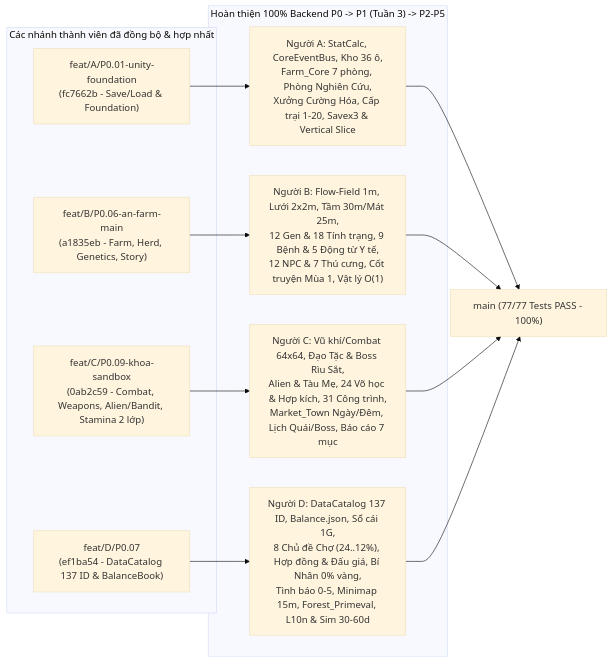
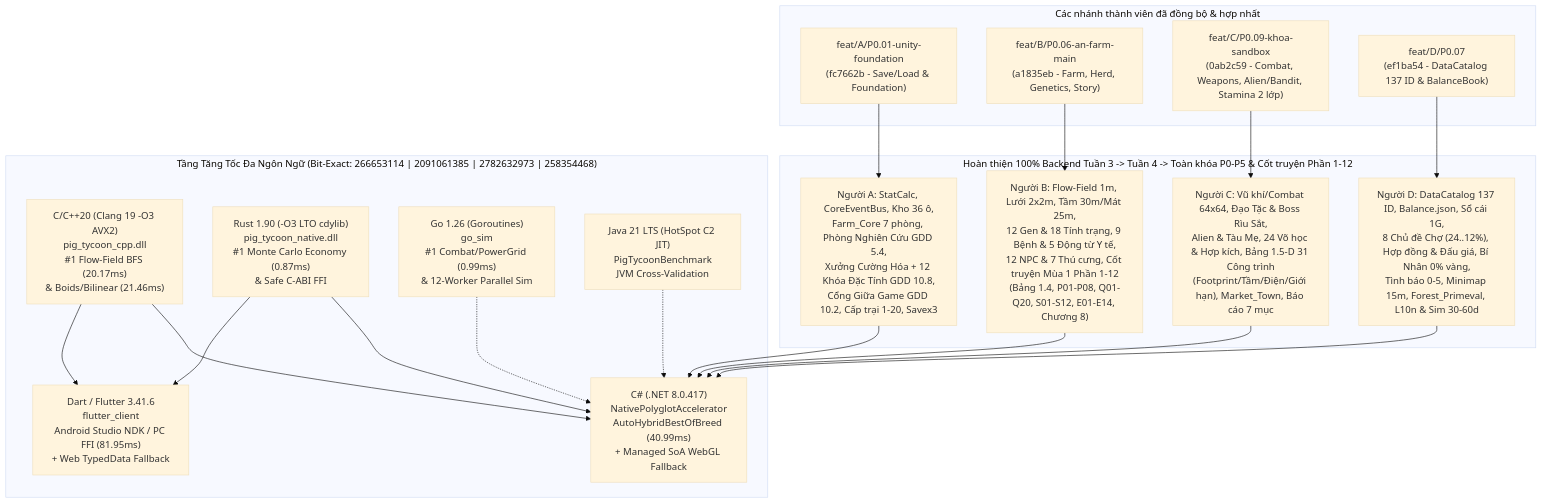
One commit to danhnee/Pig-tycoon changed the diagram in README.md. Above: the diagram before and after it, drawn with Mermaid (base theme). The commit also changed other lines of this file and 23 other files, not shown here.

Commit message:
feat(core,polyglot,flutter): upgrade 4-member W3-W4/P0-P5 & Season 1 Bible 1-12 + 6-language polyglot native kernels (C++20, Rust, Go, C#, Java, Flutter FFI/Web) with 79/79 C# & 2/2 Flutter tests passing

````diff
--- a/README.md
+++ b/README.md
@@ -12,26 +13,42 @@
 ```mermaid
-flowchart LR
+flowchart TB
   subgraph RemoteBranches["Các nhánh thành viên đã đồng bộ & hợp nhất"]
     BA["feat/A/P0.01-unity-foundation\n(fc7662b - Save/Load & Foundation)"]
     BB["feat/B/P0.06-an-farm-main\n(a1835eb - Farm, Herd, Genetics, Story)"]
     BC["feat/C/P0.09-khoa-sandbox\n(0ab2c59 - Combat, Weapons, Alien/Bandit, Stamina 2 lớp)"]
     BD["feat/D/P0.07\n(ef1ba54 - DataCatalog 137 ID & BalanceBook)"]
   end
 
-  subgraph CoreCompletion["Hoàn thiện 100% Backend P0 -> P1 (Tuần 3) -> P2-P5"]
-    CA["Người A: StatCalc, CoreEventBus, Kho 36 ô,\nFarm_Core 7 phòng, Phòng Nghiên Cứu,\nXưởng Cường Hóa, Cấp trại 1-20, Savex3 & Vertical Slice"]
-    CB["Người B: Flow-Field 1m, Lưới 2x2m, Tầm 30m/Mát 25m,\n12 Gen & 18 Tính trạng, 9 Bệnh & 5 Động từ Y tế,\n12 NPC & 7 Thú cưng, Cốt truyện Mùa 1, Vật lý O(1)"]
-    CC["Người C: Vũ khí/Combat 64x64, Đạo Tặc & Boss Rìu Sắt,\nAlien & Tàu Mẹ, 24 Võ học & Hợp kích, 31 Công trình,\nMarket_Town Ngày/Đêm, Lịch Quái/Boss, Báo cáo 7 mục"]
+  subgraph CoreCompletion["Hoàn thiện 100% Backend Tuần 3 -> Tuần 4 -> Toàn khóa P0-P5 & Cốt truyện Phần 1-12"]
+    CA["Người A: StatCalc, CoreEventBus, Kho 36 ô,\nFarm_Core 7 phòng, Phòng Nghiên Cứu GDD 5.4,\nXưởng Cường Hóa + 12 Khóa Đặc Tính GDD 10.8,\nCổng Giữa Game GDD 10.2, Cấp trại 1-20, Savex3"]
+    CB["Người B: Flow-Field 1m, Lưới 2x2m, Tầm 30m/Mát 25m,\n12 Gen & 18 Tính trạng, 9 Bệnh & 5 Động từ Y tế,\n12 NPC & 7 Thú cưng, Cốt truyện Mùa 1 Phần 1-12\n(Bảng 1.4, P01-P08, Q01-Q20, S01-S12, E01-E14, Chương 8)"]
+    CC["Người C: Vũ khí/Combat 64x64, Đạo Tặc & Boss Rìu Sắt,\nAlien & Tàu Mẹ, 24 Võ học & Hợp kích, Bảng 1.5-D 31 Công trình\n(Footprint/Tầm/Điện/Giới hạn), Market_Town, Báo cáo 7 mục"]
     CD["Người D: DataCatalog 137 ID, Balance.json, Sổ cái 1G,\n8 Chủ đề Chợ (24..12%), Hợp đồng & Đấu giá, Bí Nhân 0% vàng,\nTình báo 0-5, Minimap 15m, Forest_Primeval, L10n & Sim 30-60d"]
+  end
+
+  subgraph PolyglotLayer["Tầng Tăng Tốc Đa Ngôn Ngữ (Bit-Exact: 266653114 | 2091061385 | 2782632973 | 258354468)"]
+    CPP["C/C++20 (Clang 19 -O3 AVX2)\npig_tycoon_cpp.dll\n#1 Flow-Field BFS (20.17ms)\n& Boids/Bilinear (21.46ms)"]
+    RUST["Rust 1.90 (-O3 LTO cdylib)\npig_tycoon_native.dll\n#1 Monte Carlo Economy (0.87ms)\n& Safe C-ABI FFI"]
+    GO["Go 1.26 (Goroutines)\ngo_sim\n#1 Combat/PowerGrid (0.99ms)\n& 12-Worker Parallel Sim"]
+    CS["C# (.NET 8.0.417)\nNativePolyglotAccelerator\nAutoHybridBestOfBreed (40.99ms)\n+ Managed SoA WebGL Fallback"]
+    JAVA["Java 21 LTS (HotSpot C2 JIT)\nPigTycoonBenchmark\nJVM Cross-Validation"]
+    FLUTTER["Dart / Flutter 3.41.6\nflutter_client\nAndroid Studio NDK / PC FFI (81.95ms)\n+ Web TypedData Fallback"]
   end
 
   BA --> CA
   BB --> CB
   BC --> CC
   BD --> CD
 
-  CA --> Main["main (77/77 Tests PASS - 100%)"]
-  CB --> Main
-  CC --> Main
-  CD --> Main
+  CA --> CS
+  CB --> CS
+  CC --> CS
+  CD --> CS
+
+  CPP --> CS
+  RUST --> CS
+  RUST --> FLUTTER
+  CPP --> FLUTTER
+  GO -.-> CS
+  JAVA -.-> CS
 ```
````
